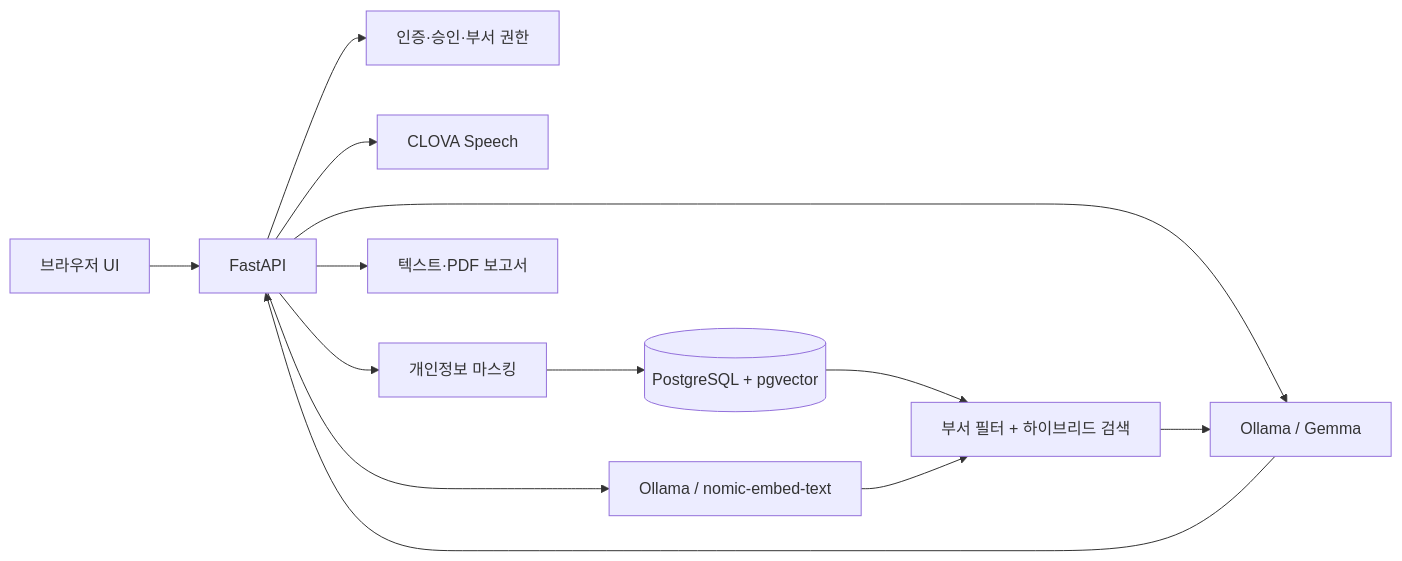
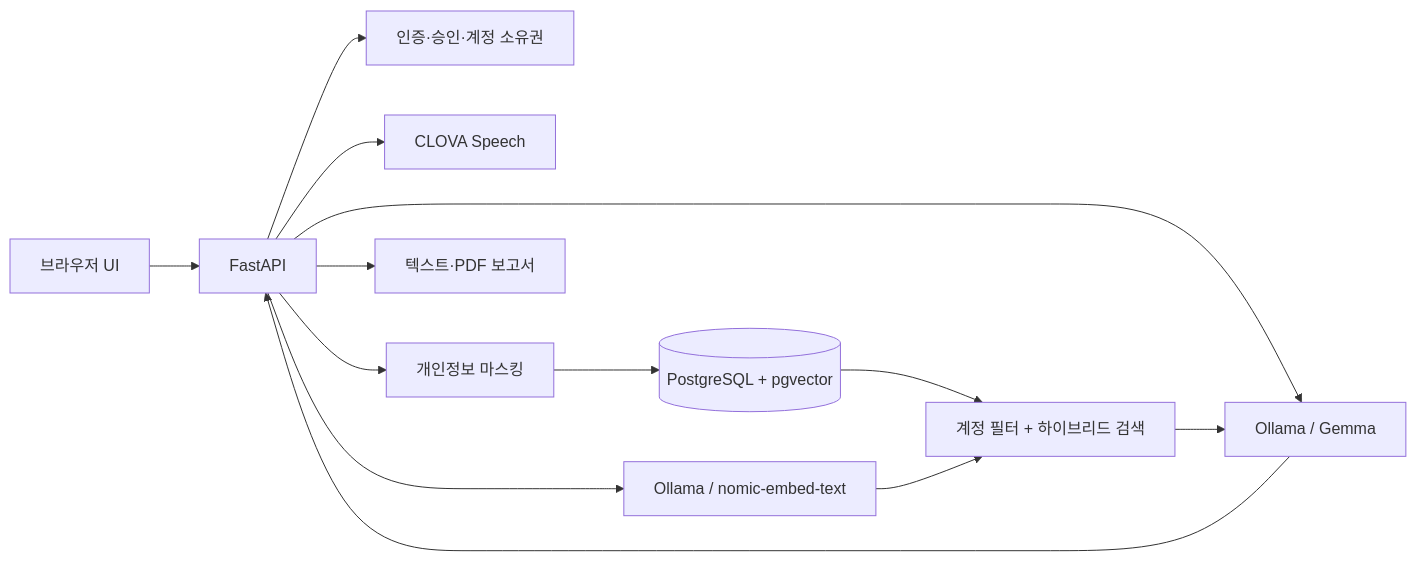
One commit to jjh0813/AI-Meeting-Assistant changed the diagram in README.md. Above: the diagram before and after it, drawn with Mermaid. The commit also changed other lines of this file and 21 other files, not shown here.

````diff
--- a/README.md
+++ b/README.md
@@ -24,15 +24,15 @@
 ```mermaid
 flowchart LR
     U["브라우저 UI"] --> API["FastAPI"]
-    API --> AUTH["인증·승인·부서 권한"]
+    API --> AUTH["인증·승인·계정 소유권"]
     API --> STT["CLOVA Speech"]
     API --> MASK["개인정보 마스킹"]
     MASK --> DB[("PostgreSQL + pgvector")]
     API --> EMB["Ollama / nomic-embed-text"]
     API --> LLM["Ollama / Gemma"]
-    DB --> RET["부서 필터 + 하이브리드 검색"]
+    DB --> RET["계정 필터 + 하이브리드 검색"]
     EMB --> RET
     RET --> LLM
     LLM --> API
     API --> REPORT["텍스트·PDF 보고서"]
 ```
````
